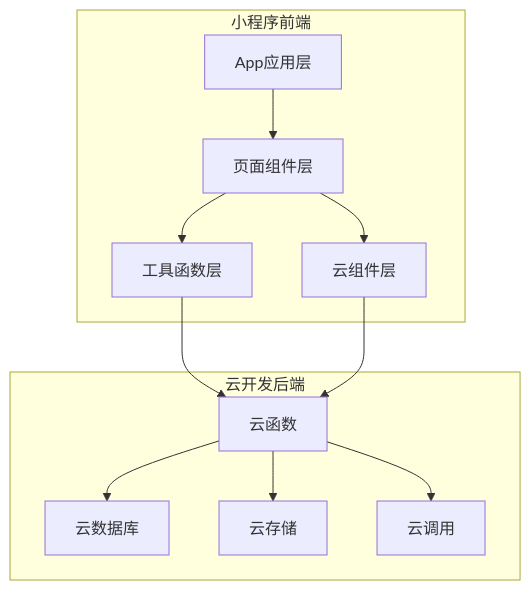
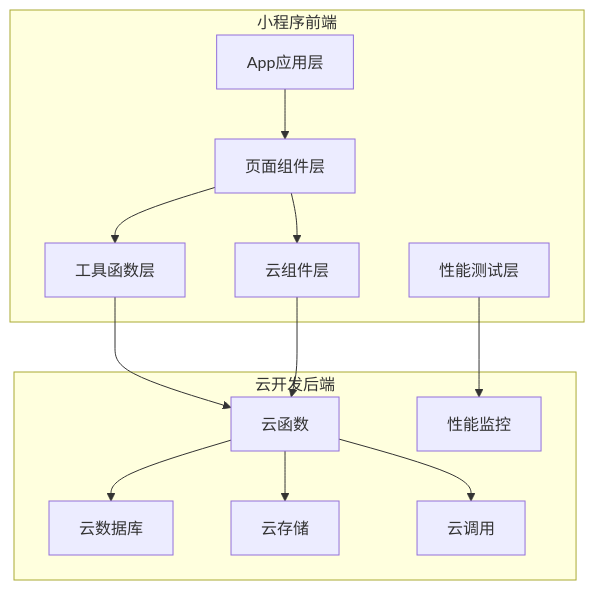
The first of 14 diagrams in .qoder/repowiki/zh/content/性能优化/性能监控方案.md (zhangxin19911211-creator/Project_BabyAssistant), drawn with Mermaid before and after one commit. The commit also changed other lines of this file and 24 other files, not shown here.

````diff
--- a/.qoder/repowiki/zh/content/性能优化/性能监控方案.md
+++ b/.qoder/repowiki/zh/content/性能优化/性能监控方案.md
@@ -33,23 +44,26 @@
 ```mermaid
 graph TB
 subgraph "小程序前端"
 A[App应用层]
 B[页面组件层]
 C[工具函数层]
 D[云组件层]
+E[性能测试层]
 end
 subgraph "云开发后端"
-E[云函数]
-F[云数据库]
-G[云存储]
-H[云调用]
+F[云函数]
+G[云数据库]
+H[云存储]
+I[云调用]
+J[性能监控]
 end
 A --> B
 B --> C
 B --> D
-C --> E
-D --> E
-E --> F
-E --> G
-E --> H
+C --> F
+D --> F
+F --> G
+F --> H
+F --> I
+E --> J
 ```
````
